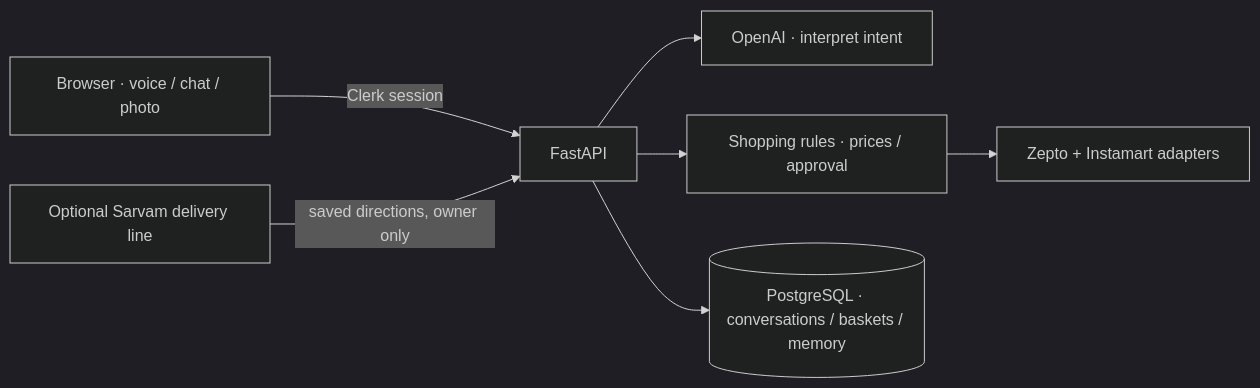
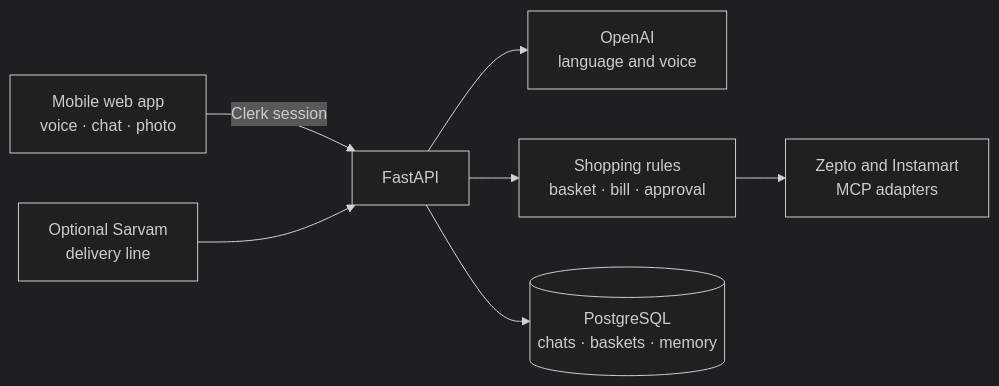
The diagram in README.md (CodeWithMoin/gharsaathi), drawn with Mermaid (dark theme) before and after one commit. The commit also changed other lines of this file, not shown here.

````diff
--- a/README.md
+++ b/README.md
@@ -68,9 +124,9 @@
 ```mermaid
 flowchart LR
-    U["Browser · voice / chat / photo"] -->|Clerk session| A["FastAPI"]
-    A --> O["OpenAI · interpret intent"]
-    A --> R["Shopping rules · prices / approval"]
-    R --> P["Zepto + Instamart adapters"]
-    A --> D[("PostgreSQL · conversations / baskets / memory")]
-    T["Optional Sarvam delivery line"] -->|saved directions, owner only| A
+    U["Mobile web app<br/>voice · chat · photo"] -->|Clerk session| A["FastAPI"]
+    A --> O["OpenAI<br/>language and voice"]
+    A --> R["Shopping rules<br/>basket · bill · approval"]
+    R --> P["Zepto and Instamart<br/>MCP adapters"]
+    A --> D[("PostgreSQL<br/>chats · baskets · memory")]
+    T["Optional Sarvam<br/>delivery line"] --> A
 ```
````
